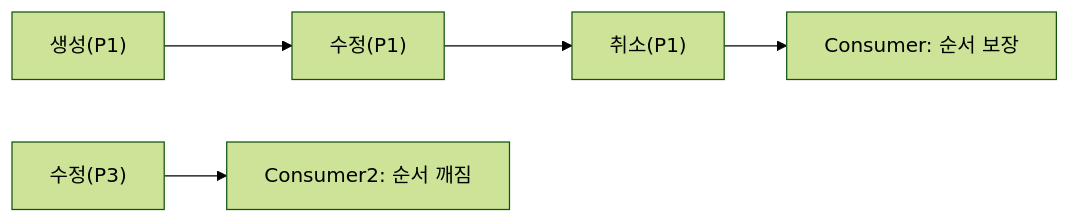
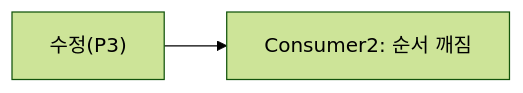
Before and after one commit to yjkim2015/yjkim2015.github.io: the eighth of 21 diagrams in _posts/kafka/2026-05-01-kafka-extreme-scenarios.md, drawn with Mermaid (forest theme). The commit also changed other lines of this file and 149 other files, not shown here.

First line of the commit message:
Mermaid 가독성 개선: 라벨 축약, 노드 축소, TD→LR 변환

````diff
--- a/_posts/kafka/2026-05-01-kafka-extreme-scenarios.md
+++ b/_posts/kafka/2026-05-01-kafka-extreme-scenarios.md
@@ -218,6 +217,4 @@
 ```mermaid
 graph LR
-    B1["생성(P1)"] --> B2["수정(P1)"] --> B3["취소(P1)"]
-    B3 --> B4["Consumer: 순서 보장"]
     A2["수정(P3)"] --> A5["Consumer2: 순서 깨짐"]
 ```
````
